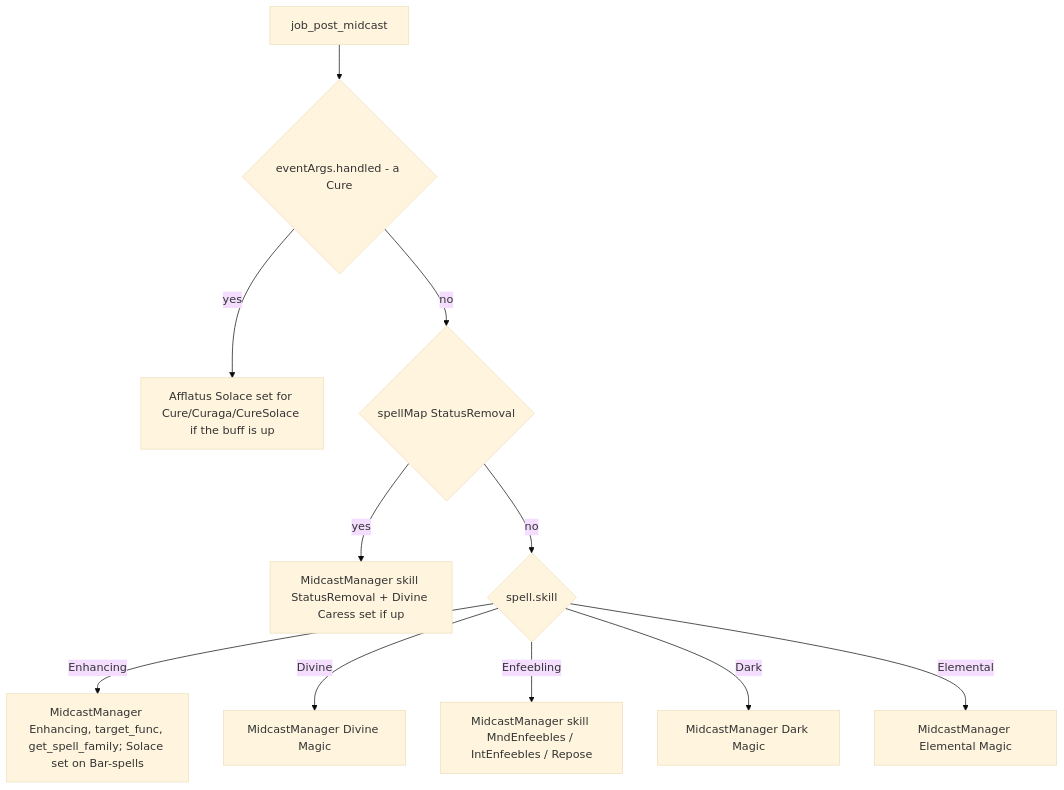
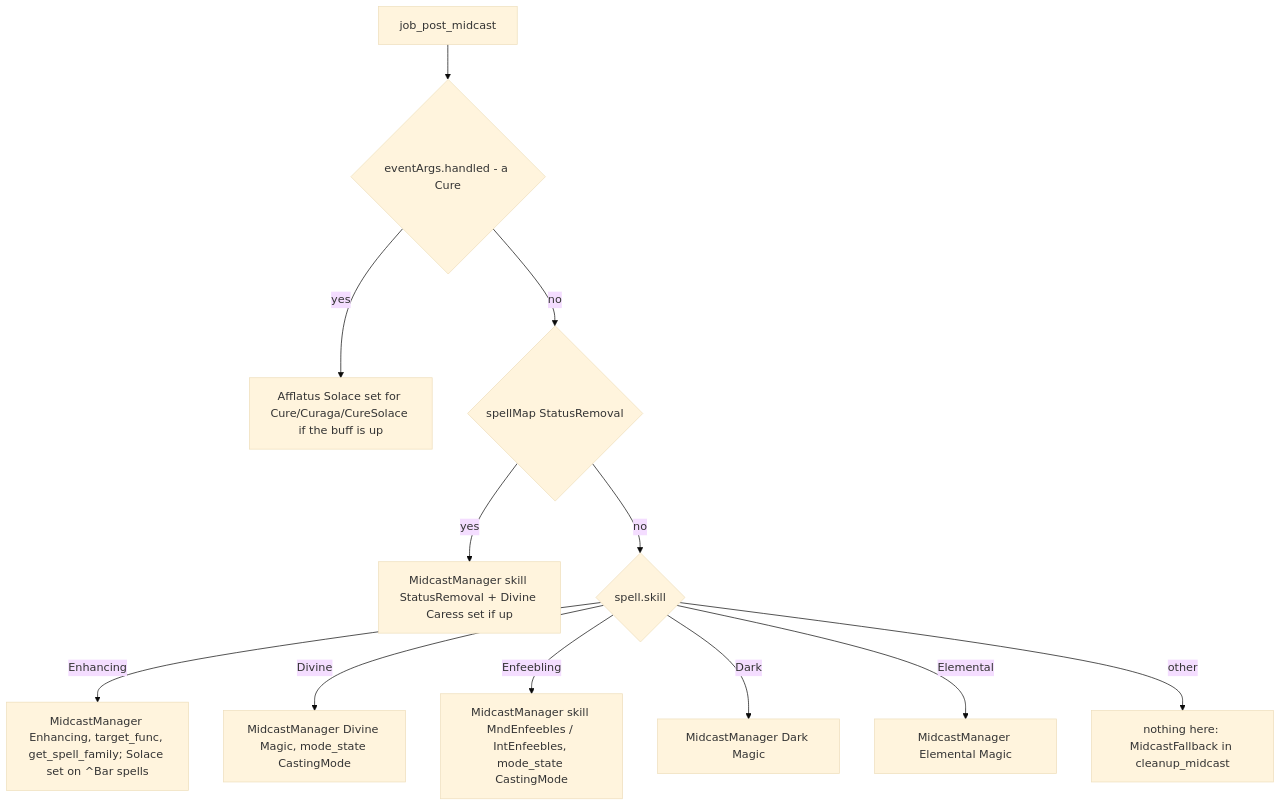
The second of 2 diagrams in docs/dev/jobs/whm.md (ejouanchicot/Gearswap), drawn with Mermaid (base theme) before and after one commit. The commit also changed other lines of this file and 8 other files, not shown here.

````diff
--- a/docs/dev/jobs/whm.md
+++ b/docs/dev/jobs/whm.md
@@ -189,13 +185,14 @@
 ```mermaid
 flowchart TD
     A[job_post_midcast] --> H{eventArgs.handled - a Cure}
     H -- yes --> O[Afflatus Solace set for Cure/Curaga/CureSolace if the buff is up]
     H -- no --> S{spellMap StatusRemoval}
     S -- yes --> SR[MidcastManager skill StatusRemoval + Divine Caress set if up]
     S -- no --> E{spell.skill}
-    E -- Enhancing --> EN[MidcastManager Enhancing, target_func, get_spell_family; Solace set on Bar-spells]
-    E -- Divine --> DV[MidcastManager Divine Magic]
-    E -- Enfeebling --> EF[MidcastManager skill MndEnfeebles / IntEnfeebles / Repose]
+    E -- Enhancing --> EN[MidcastManager Enhancing, target_func, get_spell_family; Solace set on ^Bar spells]
+    E -- Divine --> DV[MidcastManager Divine Magic, mode_state CastingMode]
+    E -- Enfeebling --> EF[MidcastManager skill MndEnfeebles / IntEnfeebles, mode_state CastingMode]
     E -- Dark --> DK[MidcastManager Dark Magic]
     E -- Elemental --> EL[MidcastManager Elemental Magic]
+    E -- other --> FB[nothing here: MidcastFallback in cleanup_midcast]
 ```
````
